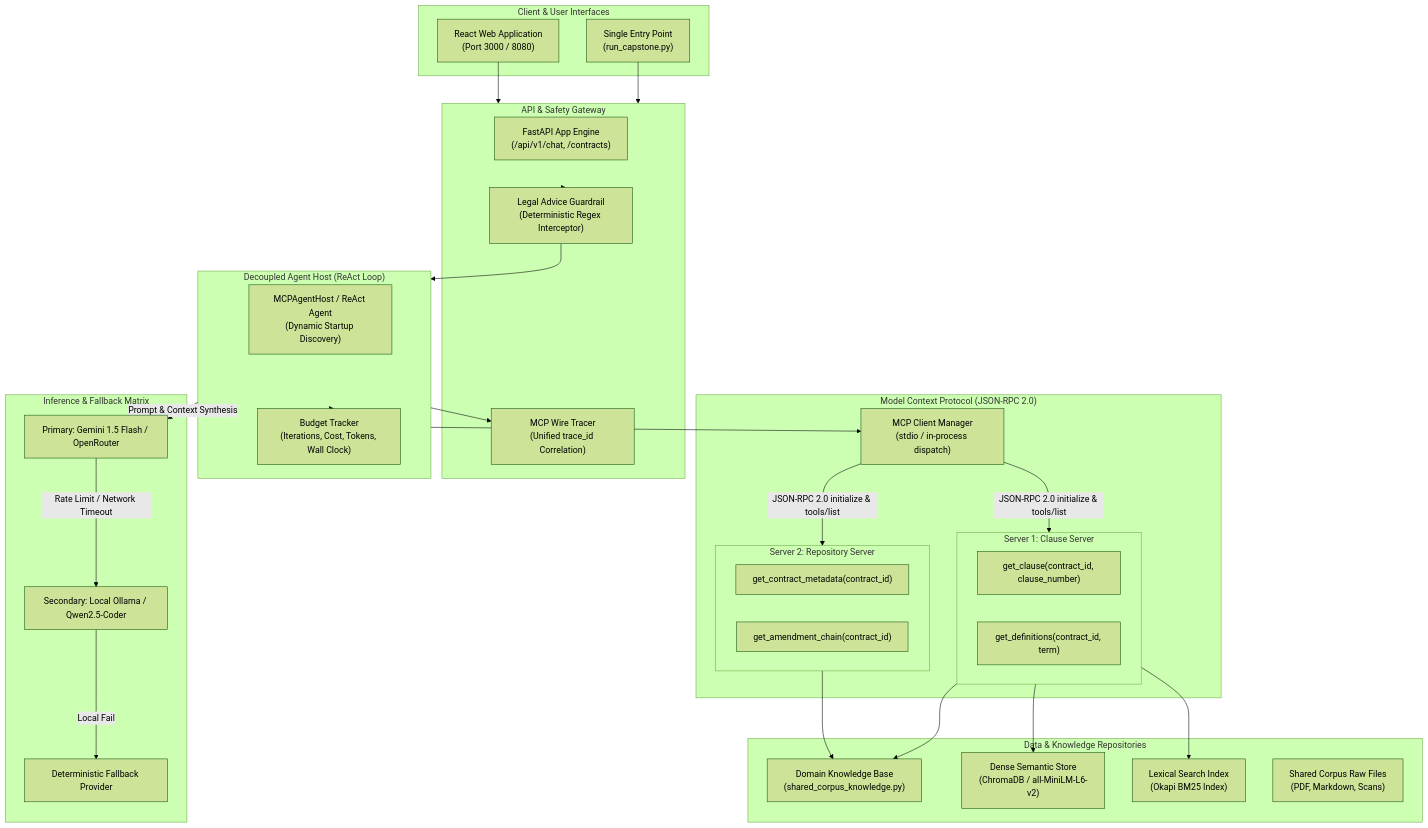
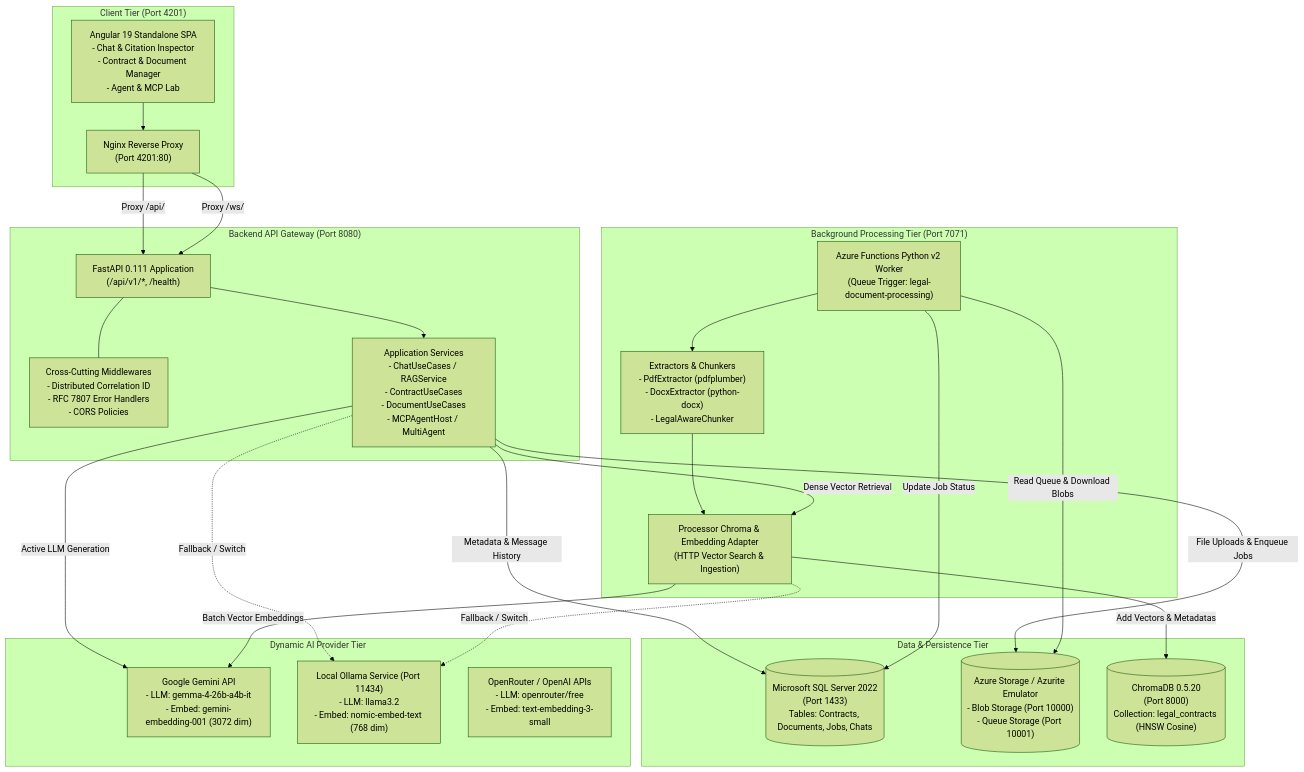
The first of 4 diagrams in legal-contract-rag/architecture.md (Selvamani-Softsuave/Legal-Contract-Assistant), drawn with Mermaid (forest theme) before and after one commit. The commit also changed other lines of this file and 45 other files, not shown here.

First line of the commit message:
feat: enhance conversational RAG, conversation persistence, documentation, and fix document serialization

````diff
--- a/legal-contract-rag/architecture.md
+++ b/legal-contract-rag/architecture.md
@@ -25,65 +43,53 @@
 ```mermaid
 flowchart TD
-    subgraph ClientLayer["Client & User Interfaces"]
-        CLI["Single Entry Point\n(run_capstone.py)"]
-        UI["React Web Application\n(Port 3000 / 8080)"]
+    subgraph ClientTier["Client Tier (Port 4201)"]
+        UI["Angular 19 Standalone SPA\n- Chat & Citation Inspector\n- Contract & Document Manager\n- Agent & MCP Lab"]
+        Nginx["Nginx Reverse Proxy\n(Port 4201:80)"]
+        UI --> Nginx
     end
 
-    subgraph GatewayLayer["API & Safety Gateway"]
-        FastAPI["FastAPI App Engine\n(/api/v1/chat, /contracts)"]
-        Guardrail["Legal Advice Guardrail\n(Deterministic Regex Interceptor)"]
-        Tracer["MCP Wire Tracer\n(Unified trace_id Correlation)"]
+    subgraph APITier["Backend API Gateway (Port 8080)"]
+        FastAPI["FastAPI 0.111 Application\n(/api/v1/*, /health)"]
+        Nginx -->|Proxy /api/| FastAPI
+        Nginx -->|Proxy /ws/| FastAPI
+        
+        Middlewares["Cross-Cutting Middlewares\n- Distributed Correlation ID\n- RFC 7807 Error Handlers\n- CORS Policies"]
+        FastAPI --- Middlewares
+        
+        AppServices["Application Services\n- ChatUseCases / RAGService\n- ContractUseCases\n- DocumentUseCases\n- MCPAgentHost / MultiAgent"]
+        FastAPI --> AppServices
     end
 
-    subgraph AgentCore["Decoupled Agent Host (ReAct Loop)"]
-        MCPAgent["MCPAgentHost / ReAct Agent\n(Dynamic Startup Discovery)"]
-        BudgetEnforcer["Budget Tracker\n(Iterations, Cost, Tokens, Wall Clock)"]
+    subgraph IngestionTier["Background Processing Tier (Port 7071)"]
+        QueueTrigger["Azure Functions Python v2 Worker\n(Queue Trigger: legal-document-processing)"]
+        Extractors["Extractors & Chunkers\n- PdfExtractor (pdfplumber)\n- DocxExtractor (python-docx)\n- LegalAwareChunker"]
+        VectorService["Processor Chroma & Embedding Adapter\n(HTTP Vector Search & Ingestion)"]
+        
+        QueueTrigger --> Extractors
+        Extractors --> VectorService
     end
 
-    subgraph MCPNetwork["Model Context Protocol (JSON-RPC 2.0)"]
-        MCPClient["MCP Client Manager\n(stdio / in-process dispatch)"]
+    subgraph StorageTier["Data & Persistence Tier"]
+        SQLServer[("Microsoft SQL Server 2022\n(Port 1433)\nTables: Contracts, Documents, Jobs, Chats")]
+        Azurite[("Azure Storage / Azurite Emulator\n- Blob Storage (Port 10000)\n- Queue Storage (Port 10001)")]
+        ChromaDB[("ChromaDB 0.5.20\n(Port 8000)\nCollection: legal_contracts (HNSW Cosine)")]
         
-        subgraph MCPServer1["Server 1: Clause Server"]
-            Tool1["get_clause(contract_id, clause_number)"]
-            Tool2["get_definitions(contract_id, term)"]
-        end
-
-        subgraph MCPServer2["Server 2: Repository Server"]
-            Tool3["get_contract_metadata(contract_id)"]
-            Tool4["get_amendment_chain(contract_id)"]
-        end
+        AppServices -->|Metadata & Message History| SQLServer
+        AppServices -->|File Uploads & Enqueue Jobs| Azurite
+        QueueTrigger -->|Read Queue & Download Blobs| Azurite
+        QueueTrigger -->|Update Job Status| SQLServer
+        VectorService -->|Add Vectors & Metadatas| ChromaDB
+        AppServices -->|Dense Vector Retrieval| VectorService
     end
 
-    subgraph StorageLayer["Data & Knowledge Repositories"]
-        KB["Domain Knowledge Base\n(shared_corpus_knowledge.py)"]
-        VectorDB["Dense Semantic Store\n(ChromaDB / all-MiniLM-L6-v2)"]
-        BM25["Lexical Search Index\n(Okapi BM25 Index)"]
-        SharedCorpus["Shared Corpus Raw Files\n(PDF, Markdown, Scans)"]
+    subgraph ExternalAITier["Dynamic AI Provider Tier"]
+        Gemini["Google Gemini API\n- LLM: gemma-4-26b-a4b-it\n- Embed: gemini-embedding-001 (3072 dim)"]
+        Ollama["Local Ollama Service (Port 11434)\n- LLM: llama3.2\n- Embed: nomic-embed-text (768 dim)"]
+        OpenRouter["OpenRouter / OpenAI APIs\n- LLM: openrouter/free\n- Embed: text-embedding-3-small"]
+        
+        AppServices -->|Active LLM Generation| Gemini
+        VectorService -->|Batch Vector Embeddings| Gemini
+        AppServices -.->|Fallback / Switch| Ollama
+        VectorService -.->|Fallback / Switch| Ollama
     end
-
-    subgraph LLMProviders["Inference & Fallback Matrix"]
-        PrimaryLLM["Primary: Gemini 1.5 Flash / OpenRouter"]
-        SecondaryLLM["Secondary: Local Ollama / Qwen2.5-Coder"]
-        MockLLM["Deterministic Fallback Provider"]
-    end
-
-    CLI --> GatewayLayer
-    UI --> GatewayLayer
-    GatewayLayer --> Guardrail
-    Guardrail --> AgentCore
-    AgentCore --> Tracer
-    AgentCore --> BudgetEnforcer
-    AgentCore --> MCPClient
-    
-    MCPClient -- "JSON-RPC 2.0 initialize & tools/list" --> MCPServer1
-    MCPClient -- "JSON-RPC 2.0 initialize & tools/list" --> MCPServer2
-    
-    MCPServer1 --> KB
-    MCPServer2 --> KB
-    MCPServer1 --> VectorDB
-    MCPServer1 --> BM25
-
-    AgentCore -- "Prompt & Context Synthesis" --> PrimaryLLM
-    PrimaryLLM -- "Rate Limit / Network Timeout" --> SecondaryLLM
-    SecondaryLLM -- "Local Fail" --> MockLLM
 ```
````
